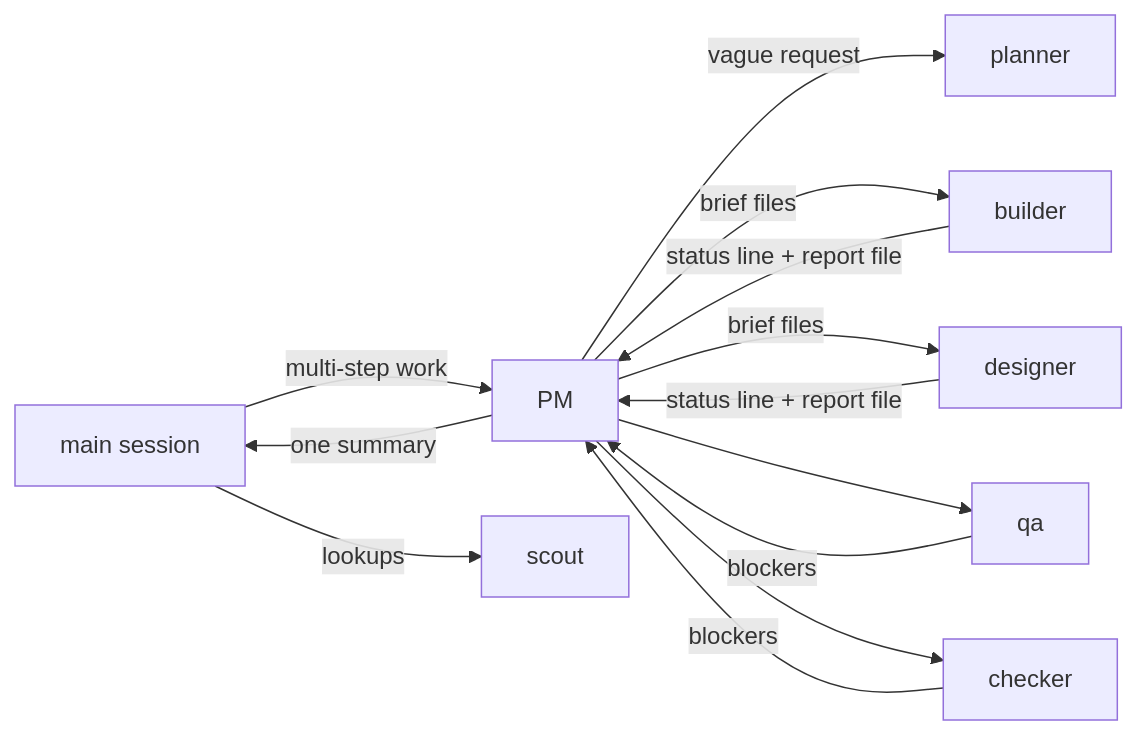
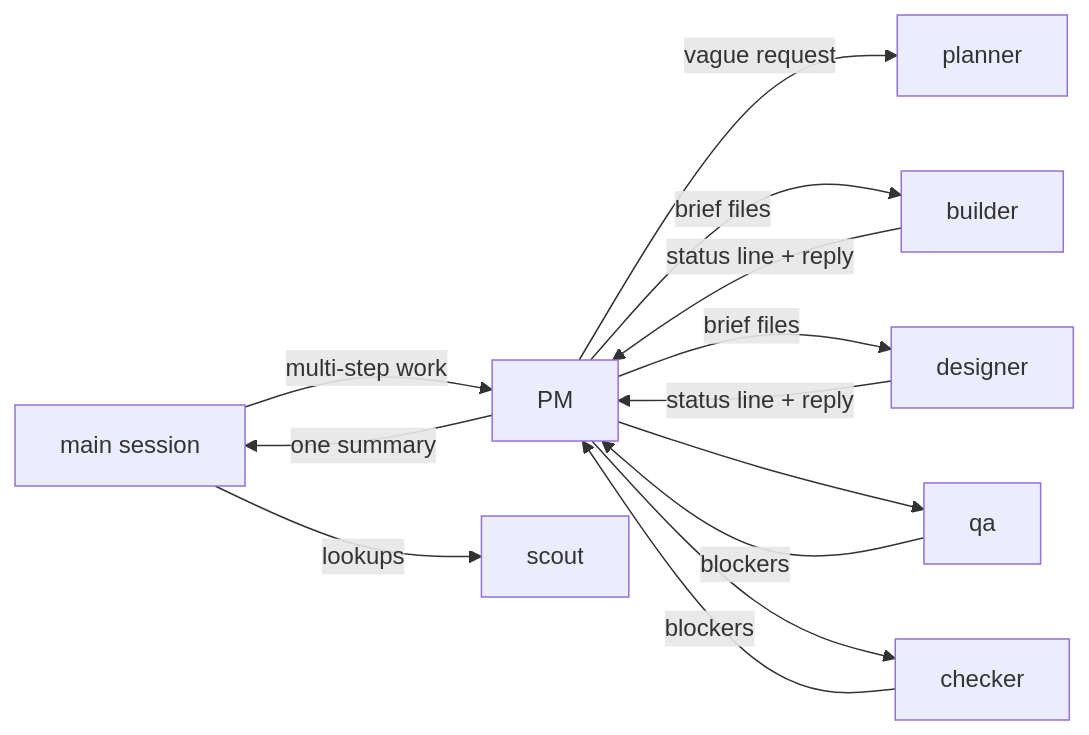
One commit to levx-me/wanjang changed the diagram in README.ko.md. Above: the diagram before and after it, drawn with Mermaid. The commit also changed other lines of this file and 12 other files, not shown here.

Commit message:
Workers return reports as reply text, not report files (Claude Code refuses subagent writes to REPORT*/SUMMARY*/FINDINGS*/ANALYSIS* .md); PM saves returns as return-<n>-<worker>.md; 0.6.21

````diff
--- a/README.ko.md
+++ b/README.ko.md
@@ -56,13 +56,13 @@
 ```mermaid
 flowchart LR
   main[main session] -->|multi-step work| W[PM]
   main -->|lookups| S[scout]
   W -->|vague request| P[planner]
   W -->|brief files| B[builder]
   W -->|brief files| D[designer]
-  B & D -->|status line + report file| W
+  B & D -->|status line + reply| W
   W --> Q[qa]
   W --> C[checker]
   Q & C -->|blockers| W
   W -->|one summary| main
 ```
````
